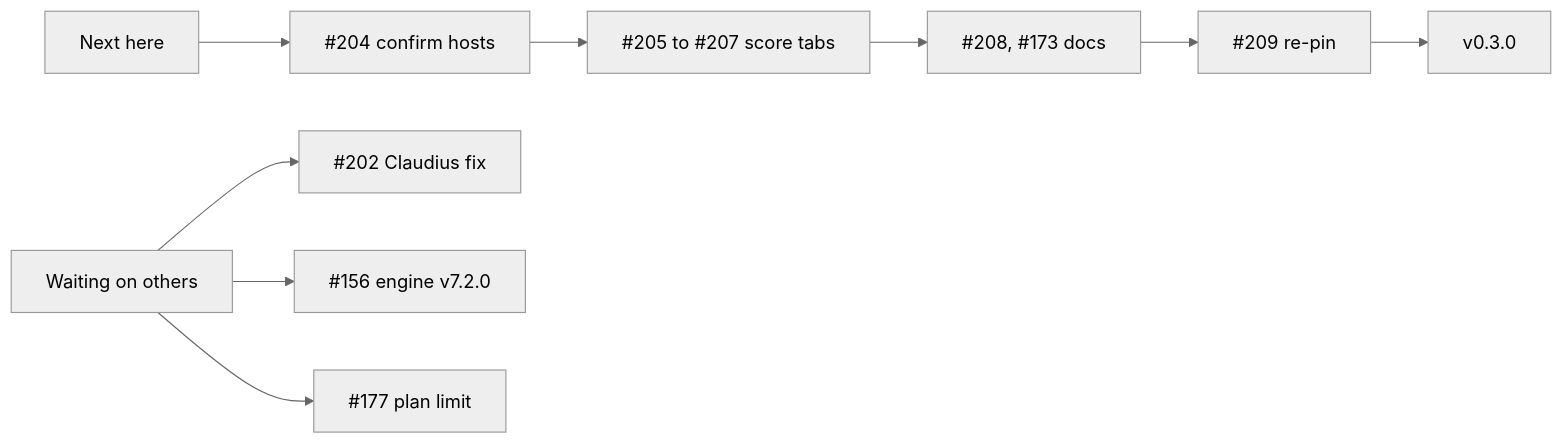
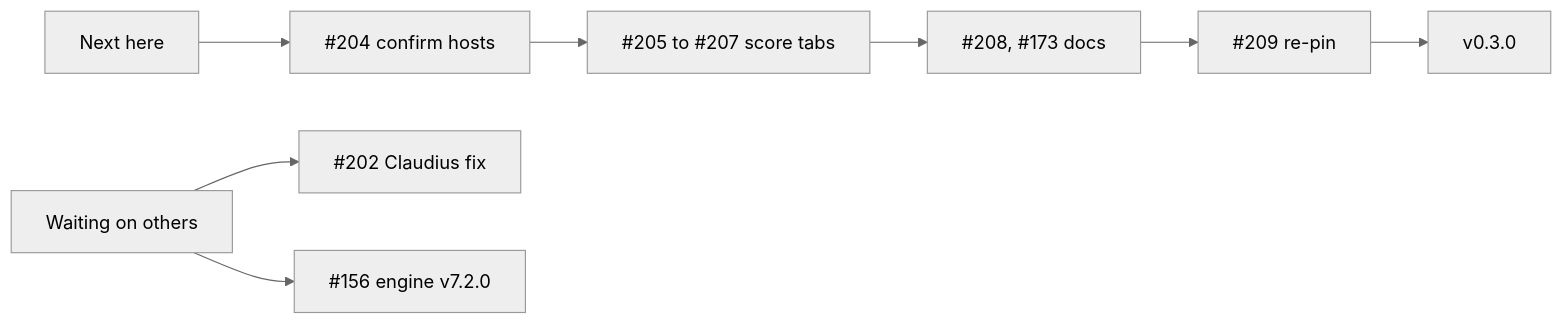
The diagram in docs/handoff/2026-11-25-next.md (SoulCraft-Org/compute-crafter), drawn with Mermaid (neutral theme) before and after one commit. The commit also changed other lines of this file and 4 other files, not shown here.

````diff
--- a/docs/handoff/2026-11-25-next.md
+++ b/docs/handoff/2026-11-25-next.md
@@ -5,5 +5,5 @@
 ```mermaid
 flowchart LR
   N[Next here] --> A[#204 confirm hosts] --> B[#205 to #207 score tabs] --> C[#208, #173 docs] --> D[#209 re-pin] --> R[v0.3.0]
-  W[Waiting on others] --> X[#202 Claudius fix] & Y[#156 engine v7.2.0] & Z[#177 plan limit]
+  W[Waiting on others] --> X[#202 Claudius fix] & Y[#156 engine v7.2.0]
 ```
````
